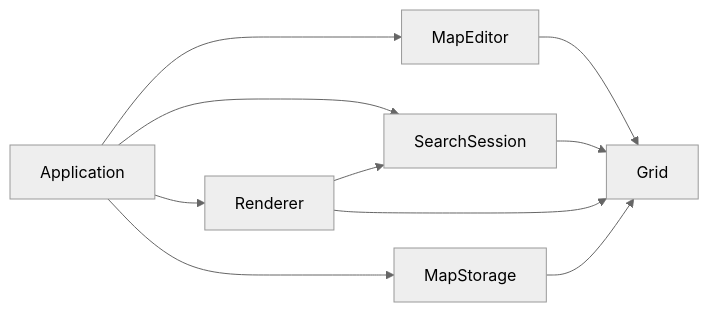
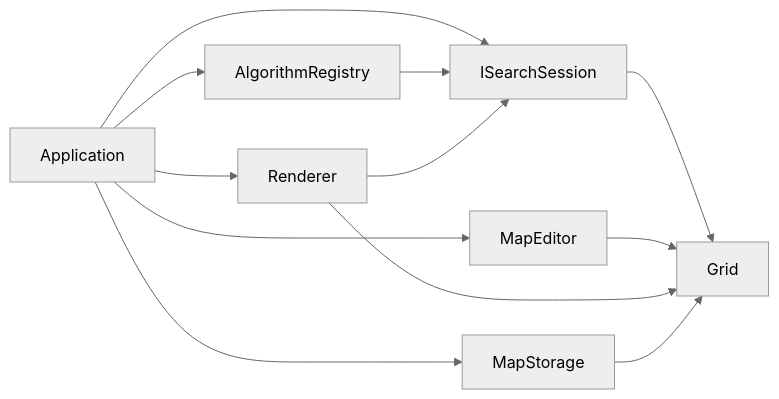
One commit to fipsyatina/PathExperiment changed the diagram in docs/ARCHITECTURE.md. Above: the diagram before and after it, drawn with Mermaid (neutral theme). The commit also changed other lines of this file and 32 other files, not shown here.

Commit message:
Add algorithm registry and simplify the desktop workbench

````diff
--- a/docs/ARCHITECTURE.md
+++ b/docs/ARCHITECTURE.md
@@ -5,12 +7,14 @@
 ```mermaid
 flowchart LR
     Application --> MapEditor
-    Application --> SearchSession
+    Application --> AlgorithmRegistry
+    Application --> ISearchSession
     Application --> Renderer
     Application --> MapStorage
+    AlgorithmRegistry --> ISearchSession
+    ISearchSession --> Grid
     MapEditor --> Grid
-    SearchSession --> Grid
     Renderer --> Grid
-    Renderer --> SearchSession
+    Renderer --> ISearchSession
     MapStorage --> Grid
 ```
````
